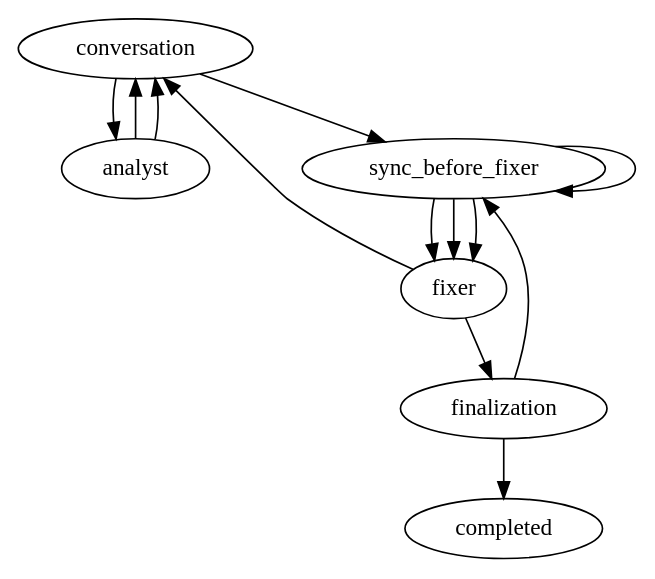
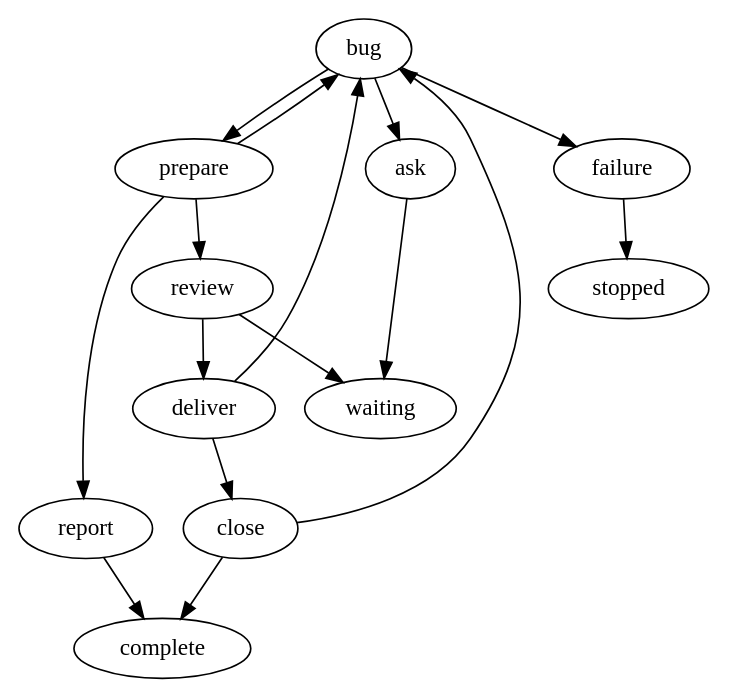
Before and after one commit to marioatcloudvane/litefactory: the diagram in teams/source/base-team/bug/bug.dot, drawn with Graphviz. The commit also changed 246 other files, not shown here.

First line of the commit message:
Bug rework 3/4: Bug is Spike-shaped

```diff
--- a/teams/source/base-team/bug/bug.dot
+++ b/teams/source/base-team/bug/bug.dot
@@ -1,24 +1,51 @@
-// One conversation, a fixer, automatic factory delivery.
-// Questions and all stopping outcomes park at their origin. Owner guidance
-// resumes that origin once; only exact approval releases an unapproved repair.
+// Bug is one agent, shaped like Spike. It reproduces the reported bug with a
+// failing test, diagnoses it, and fixes it when the cause is shown and the fix
+// is small, showing the test red then green. When the fix would be a redesign,
+// the cause stays unclear or the report is not a bug, it asks the owner with
+// options and a recommendation. All of that lives in the role's Markdown.
+//
+// The agent's result names its own response (lf_response="result"): "ask" or
+// "done". A question is posted and the instance waits for the owner, whose
+// reply resumes this same agent with its saved result as context. A failed
+// attempt posts why and stops.
+//
+// A finished result goes to the factory-wide delivery activity (lf_deliver).
+// "prepare" (push) saves the task branch, synchronizes, pushes and finds or
+// opens the PR. A result without branch changes is "unchanged" and posts the
+// agent's report. A prepared candidate is "ready" and reaches "review", which
+// publishes the shipping review with the diff and the agent's red/green
+// evidence. Only an authenticated exact owner "ship" reply bound to that
+// displayed candidate releases "approved" to "deliver" (merge), then "close".
+// Other replies resume the agent. A changed source or base returns
+// "revalidate" to the agent for fresh checks and a new review.
 digraph bug {
- graph [team="{{team}}",workflow="bug",profile_version="2",start="conversation"];
- conversation [lf_action="lf_loop",lf_contract="owner_conversation",lf_outcomes="analyse,approved,blocked",lf_park="owner",lf_stop="blocked,failed,invalid,exhausted"];
- analyst [lf_action="lf_agent",lf_agent_markdown="bug-analyst",lf_skills="bug-analysis-result,{{stack_skill}}",lf_model_tier="flagship",lf_access="read",lf_response="result",lf_outcomes="ask,done,blocked",lf_park="owner",lf_stop="blocked,failed,invalid,exhausted"];
- sync_before_fixer [lf_action="lf_sync_base",lf_outcomes="synced,current,conflict,retry,deferred",lf_park="owner",lf_stop="conflict,failed,invalid,exhausted"];
- fixer [lf_action="lf_agent",lf_agent_markdown="bug-fixer",lf_skills="bug-repair-result,{{stack_skill}}",lf_response="result",lf_outcomes="succeeded,reshape,blocked",lf_park="owner",lf_stop="blocked,failed,invalid,exhausted"];
- finalization [lf_action="lf_bug_finalize",lf_owner_continuation="required",lf_outcomes="completed,revalidate,stale,blocked",lf_park="owner",lf_stop="blocked,failed,invalid,exhausted,stale"];
- completed [lf_terminal="true"];
- conversation -> analyst [lf_on="analyse"];
- conversation -> sync_before_fixer [lf_on="approved"];
- analyst -> conversation [lf_on="ask"];
- analyst -> conversation [lf_on="done"];
- fixer -> conversation [lf_on="reshape"];
- fixer -> finalization [lf_on="succeeded"];
- finalization -> sync_before_fixer [lf_on="revalidate"];
- sync_before_fixer -> fixer [lf_on="synced"];
- sync_before_fixer -> fixer [lf_on="current"];
- sync_before_fixer -> fixer [lf_on="deferred"];
- sync_before_fixer -> sync_before_fixer [lf_on="retry"];
- finalization -> completed [lf_on="completed"];
+ graph [team="{{team}}", mode="bug", profile_version="2", start="bug"];
+
+ bug      [lf_action="lf_agent", lf_agent_markdown="bug", lf_skills="bug-result,{{stack_skill}}", lf_access="write", lf_response="result", lf_outcomes="ask,done,failed"];
+ prepare  [lf_action="lf_deliver", lf_operation="push", lf_source="bug", lf_outcomes="ready,unchanged,revalidate,blocked", lf_park="owner", lf_stop="blocked,failed,invalid,exhausted"];
+ review   [lf_action="lf_ask", lf_kind="review", lf_source="bug", lf_approve_reply="ship", lf_outcomes="published,approved"];
+ deliver  [lf_action="lf_deliver", lf_operation="merge", lf_source="bug", lf_outcomes="merged,revalidate,blocked", lf_park="owner", lf_stop="blocked,failed,invalid,exhausted"];
+ close    [lf_action="lf_deliver", lf_operation="close", lf_source="bug", lf_outcomes="completed,revalidate,blocked", lf_park="owner", lf_stop="blocked,failed,invalid,exhausted"];
+ ask      [lf_action="lf_ask", lf_kind="question", lf_outcomes="published", lf_source="bug"];
+ report   [lf_action="lf_comment", lf_kind="final", lf_outcomes="published", lf_source="bug"];
+ failure  [lf_action="lf_comment", lf_kind="failure", lf_outcomes="published"];
+ waiting  [lf_terminal="true"];
+ complete [lf_terminal="true"];
+ stopped  [lf_terminal="true"];
+
+ bug     -> ask      [lf_on="ask"];
+ bug     -> prepare  [lf_on="done"];
+ bug     -> failure  [lf_on="failed"];
+ prepare -> review   [lf_on="ready"];
+ prepare -> report   [lf_on="unchanged"];
+ prepare -> bug      [lf_on="revalidate"];
+ review  -> waiting  [lf_on="published"];
+ review  -> deliver  [lf_on="approved"];
+ deliver -> close    [lf_on="merged"];
+ deliver -> bug      [lf_on="revalidate"];
+ close   -> complete [lf_on="completed"];
+ close   -> bug      [lf_on="revalidate"];
+ ask     -> waiting  [lf_on="published"];
+ report  -> complete [lf_on="published"];
+ failure -> stopped  [lf_on="published"];
 }
```
